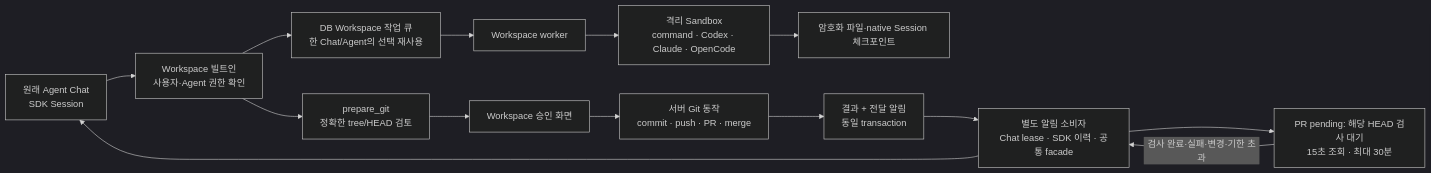
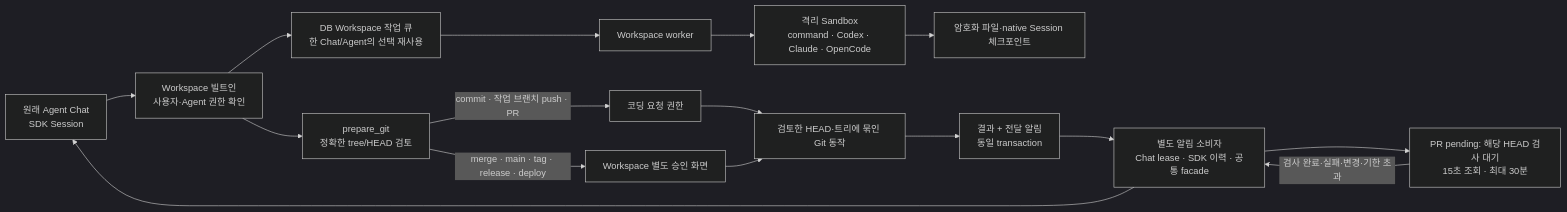
One commit to opspresso/agent-studio changed the ninth of 9 diagrams in docs/DIAGRAMS.md. Above: the diagram before and after it, drawn with Mermaid (dark theme). The commit also changed other lines of this file and 4 other files, not shown here.

````diff
--- a/docs/DIAGRAMS.md
+++ b/docs/DIAGRAMS.md
@@ -302,16 +302,18 @@
 ```mermaid
 flowchart LR
   chat["원래 Agent Chat<br/>SDK Session"] --> tool["Workspace 빌트인<br/>사용자·Agent 권한 확인"]
   tool --> queue["DB Workspace 작업 큐<br/>한 Chat/Agent의 선택 재사용"]
   queue --> worker["Workspace worker"]
   worker --> sandbox["격리 Sandbox<br/>command · Codex · Claude · OpenCode"]
   sandbox --> checkpoint["암호화 파일·native Session 체크포인트"]
   tool --> review["prepare_git<br/>정확한 tree/HEAD 검토"]
-  review --> approval["Workspace 승인 화면"]
-  approval --> git["서버 Git 동작<br/>commit · push · PR · merge"]
+  review -->|"commit · 작업 브랜치 push · PR"| intent["코딩 요청 권한"]
+  review -->|"merge · main · tag · release · deploy"| approval["Workspace 별도 승인 화면"]
+  intent --> git["검토한 HEAD·트리에 묶인 Git 동작"]
+  approval --> git
   git --> saved["결과 + 전달 알림<br/>동일 transaction"]
   saved --> resume["별도 알림 소비자<br/>Chat lease · SDK 이력 · 공통 facade"]
   resume --> chat
   resume --> ci["PR pending: 해당 HEAD 검사 대기<br/>15초 조회 · 최대 30분"]
   ci -->|"검사 완료·실패·변경·기한 초과"| resume
 ```
````
